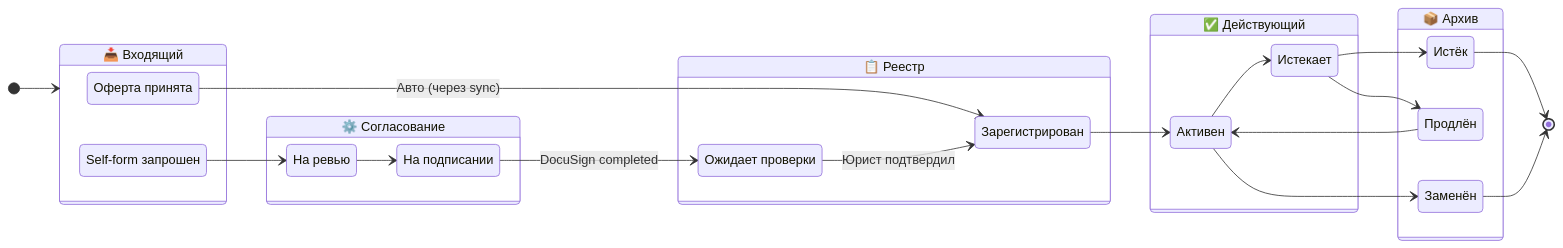
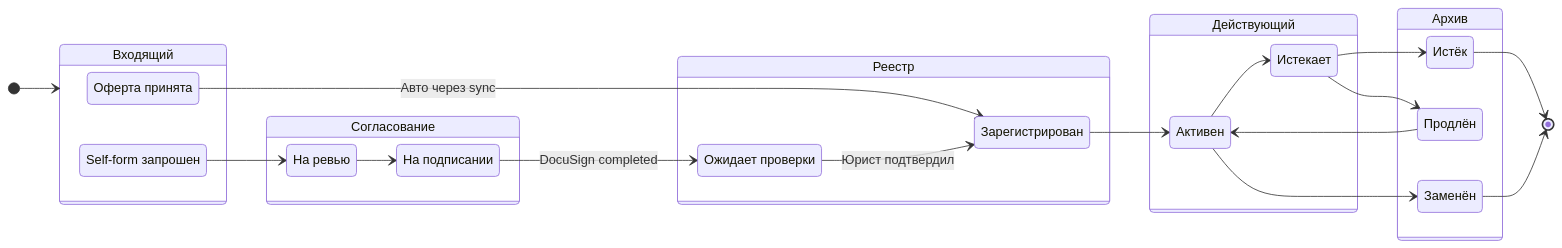
The third of 3 diagrams in diagrams_state.md (myazykov/vacancy_Test), drawn with Mermaid before and after one commit. The commit also changed other lines of this file, not shown here.

Commit message:
Refactor mermaid diagrams for clarity and consistency

````diff
--- a/diagrams_state.md
+++ b/diagrams_state.md
@@ -87,45 +87,45 @@
 ```mermaid
 stateDiagram-v2
     direction LR
 
-    state "📥 Входящий" as input {
+    state "Входящий" as input {
         Offer_Accepted: Оферта принята
         SF_Requested: Self-form запрошен
     }
 
-    state "⚙️ Согласование" as process {
+    state "Согласование" as process {
         In_Review: На ревью
         Sent_to_Sign: На подписании
     }
 
-    state "📋 Реестр" as registry {
+    state "Реестр" as registry {
         Pending_Review: Ожидает проверки
         Registered: Зарегистрирован
     }
 
-    state "✅ Действующий" as lifecycle {
+    state "Действующий" as lifecycle {
         Active: Активен
         Expiring: Истекает
     }
 
-    state "📦 Архив" as archive {
+    state "Архив" as archive {
         Expired: Истёк
         Renewed: Продлён
         Superseded: Заменён
     }
 
     [*] --> input
-    Offer_Accepted --> Registered: Авто (через sync)
+    Offer_Accepted --> Registered: Авто через sync
     SF_Requested --> In_Review
     In_Review --> Sent_to_Sign
     Sent_to_Sign --> Pending_Review: DocuSign completed
     Pending_Review --> Registered: Юрист подтвердил
     Registered --> Active
     Active --> Expiring
     Expiring --> Renewed
     Expiring --> Expired
     Active --> Superseded
     Renewed --> Active
     Expired --> [*]
     Superseded --> [*]
 ```
````
